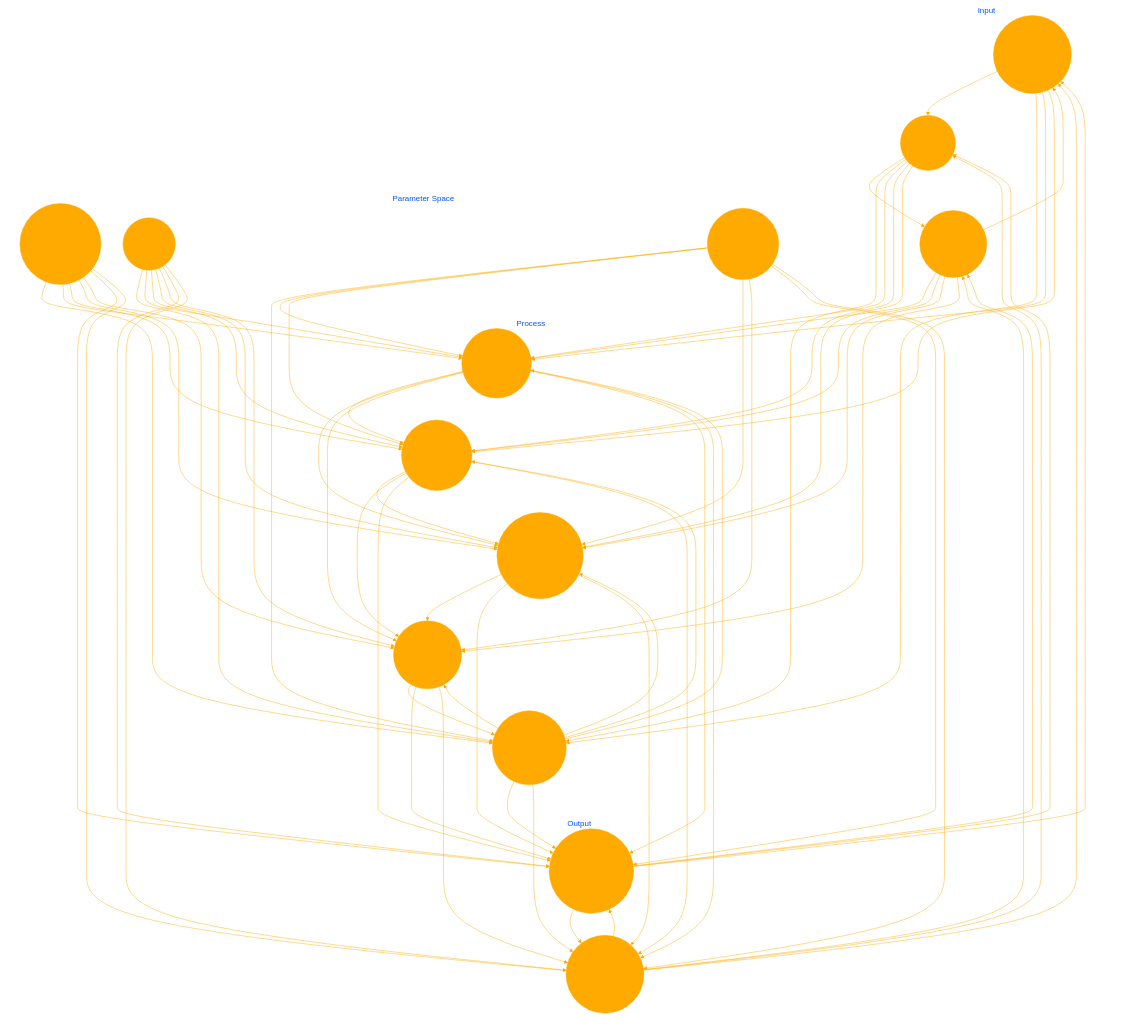
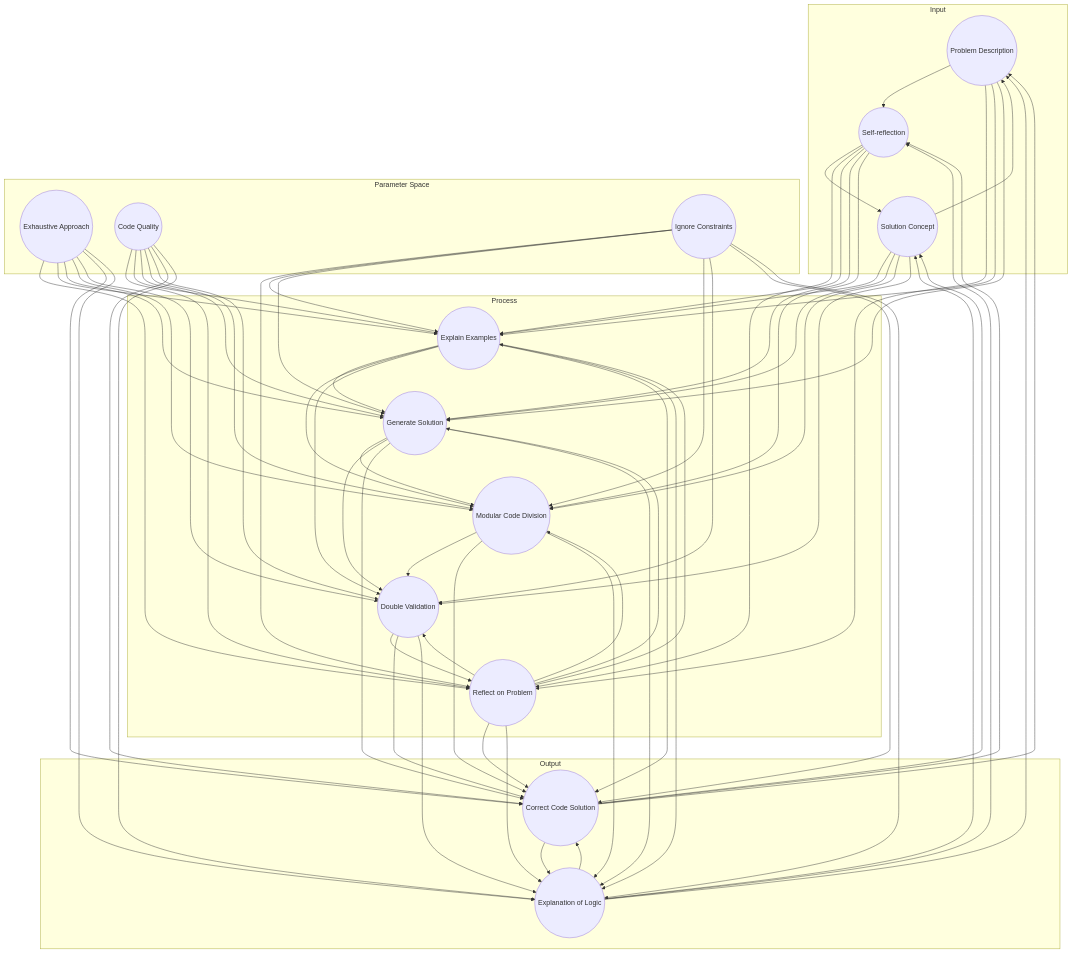
One commit to EveryOneIsGross/GPTs changed the diagram in alphaGEOMETRY.md. Above: the diagram before and after it, drawn with Mermaid.

````diff
--- a/alphaGEOMETRY.md
+++ b/alphaGEOMETRY.md
@@ -1,6 +1,6 @@
 ```mermaid
 
-%%{init: {'theme': 'base', 'themeVariables': { 'primaryColor': '#ffaa00', 'primaryTextColor': '#ffaa00', 'primaryBorderColor': '#ffaa00', 'lineColor': '#ffaa00', 'secondaryColor': '#ffaa00', 'tertiaryColor': '#ffaa00', 'clusterBkg': 'none', 'clusterBorder': 'none', 'fontSize': '18px', 'quadrantLabelFontSize': '0', 'fontFamily': '', 'clusterLabel': {'fontFamily': '', 'fontSize': '0px'}}}}%%
+%%{init: {'theme': 'base', 'themeVariables': { 'primaryColor': '#ffaa00', 'primaryTextColor': '#ffaa00', 'primaryBorderColor': '#ffaa00', 'lineColor': '#ffaa00', 'secondaryColor': '#ffaa00', 'tertiaryColor': '#ffaa00', 'clusterBkg': 'none', 'clusterBorder': 'none', 'fontSize': '18px', 'quadrantLabelFontSize': '0', 'fontFamily': '', 'subGraphTitleFontSize': '0px', 'subGraphTitleFontColor': '#e1f5fe', 'subGraphTitleFontFamily': 'Arial'}}}}%%
 
 
 graph TD
````
